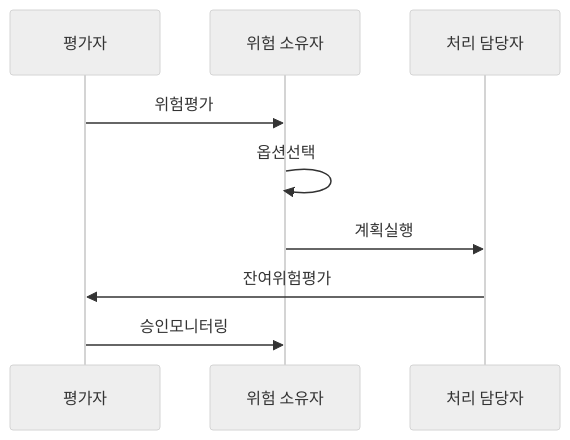
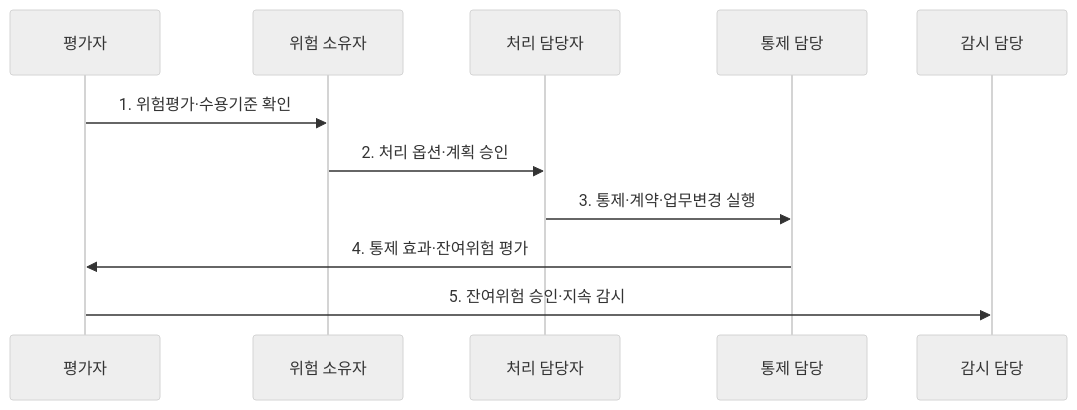
The second of 2 diagrams in src/content/docs/notes/05-security/109_risk_treatment.md (agnusdei1207/knowledge-base), drawn with Mermaid (neutral theme) before and after one commit. The commit also changed other lines of this file and 6 other files, not shown here.

````diff
--- a/src/content/docs/notes/05-security/109_risk_treatment.md
+++ b/src/content/docs/notes/05-security/109_risk_treatment.md
@@ -73,11 +75,13 @@
 ```mermaid
 sequenceDiagram
   participant A as 평가자
   participant O as 위험 소유자
   participant T as 처리 담당자
-  A->>O: 위험평가
-  O->>O: 옵션선택
-  O->>T: 계획실행
-  T->>A: 잔여위험평가
-  A->>O: 승인모니터링
+  participant C as 통제 담당
+  participant M as 감시 담당
+  A->>O: 1. 위험평가·수용기준 확인
+  O->>T: 2. 처리 옵션·계획 승인
+  T->>C: 3. 통제·계약·업무변경 실행
+  C->>A: 4. 통제 효과·잔여위험 평가
+  A->>M: 5. 잔여위험 승인·지속 감시
 ```
````
